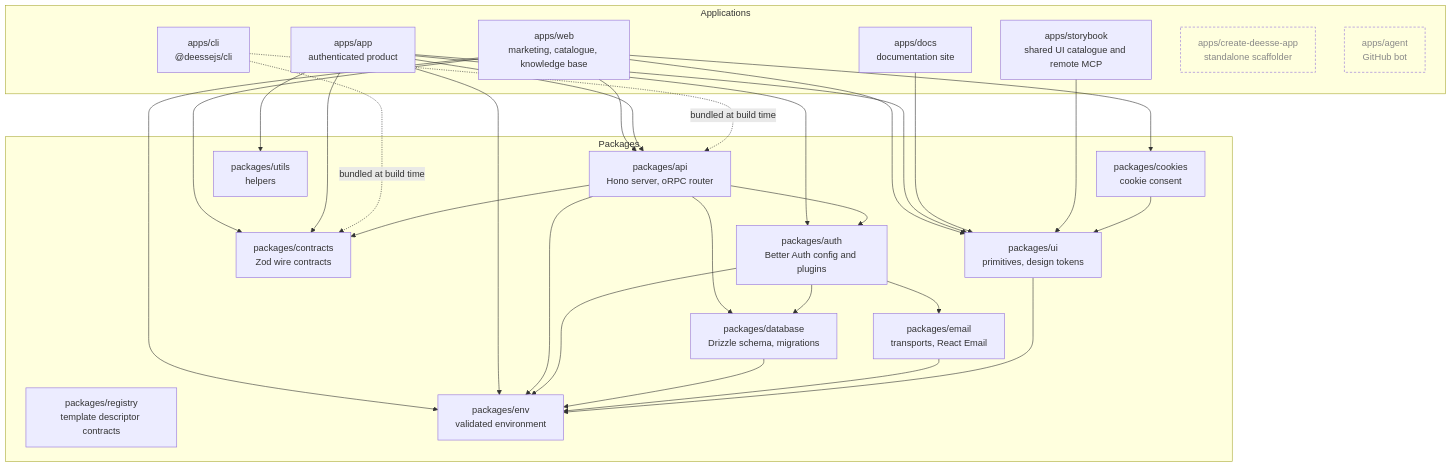
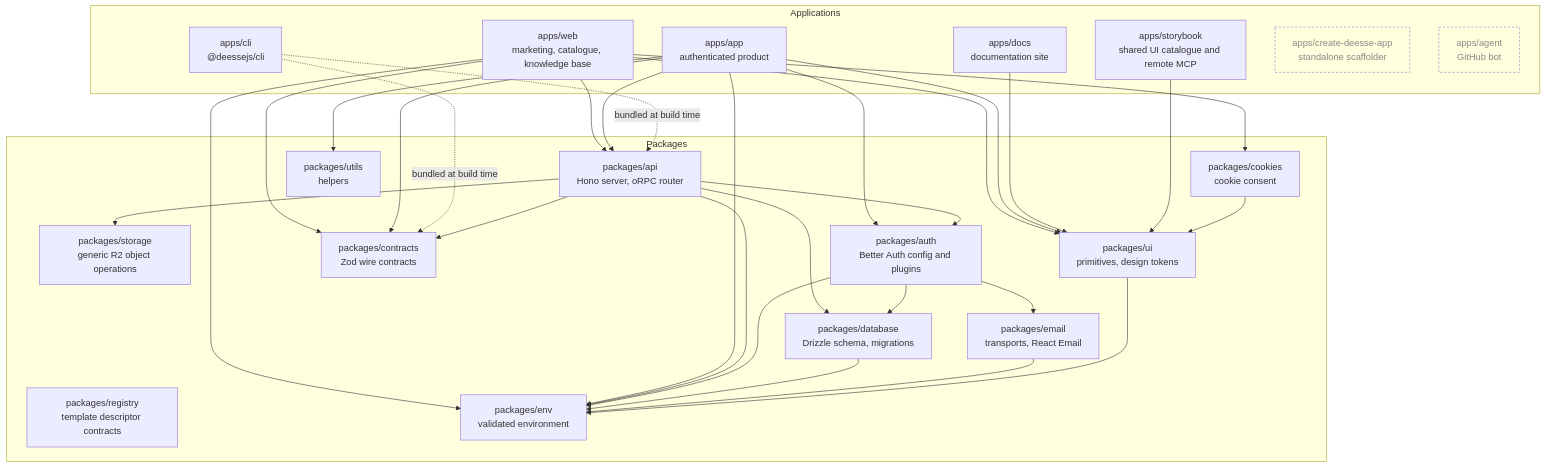
One commit to deessejs/deessejs changed the diagram in WORKSPACES.md. Above: the diagram before and after it, drawn with Mermaid. The commit also changed 27 other files, not shown here.

````diff
--- a/WORKSPACES.md
+++ b/WORKSPACES.md
@@ -9,61 +9,63 @@
 ```mermaid
 graph TD
   subgraph APP["Applications"]
     WEB["apps/web<br/>marketing, catalogue, knowledge base"]
     APPAPP["apps/app<br/>authenticated product"]
     DOCS["apps/docs<br/>documentation site"]
     STORYBOOK["apps/storybook<br/>shared UI catalogue and remote MCP"]
     CLI["apps/cli<br/>@deessejs/cli"]
     CDA["apps/create-deesse-app<br/>standalone scaffolder"]
     AGENT["apps/agent<br/>GitHub bot"]
   end
 
   subgraph PKG["Packages"]
     API["packages/api<br/>Hono server, oRPC router"]
+    STORAGE["packages/storage<br/>generic R2 object operations"]
     AUTH["packages/auth<br/>Better Auth config and plugins"]
     DB["packages/database<br/>Drizzle schema, migrations"]
     CONTRACTS["packages/contracts<br/>Zod wire contracts"]
     REGISTRY["packages/registry<br/>template descriptor contracts"]
     EMAIL["packages/email<br/>transports, React Email"]
     UI["packages/ui<br/>primitives, design tokens"]
     ENV["packages/env<br/>validated environment"]
     COOKIES["packages/cookies<br/>cookie consent"]
     UTILS["packages/utils<br/>helpers"]
   end
 
   WEB --> API
   WEB --> CONTRACTS
   WEB --> ENV
   WEB --> UI
   WEB --> COOKIES
 
   APPAPP --> API
   APPAPP --> AUTH
   APPAPP --> CONTRACTS
   APPAPP --> ENV
   APPAPP --> UI
   APPAPP --> UTILS
 
   DOCS --> UI
   STORYBOOK --> UI
 
   CLI -. "bundled at build time" .-> API
   CLI -. "bundled at build time" .-> CONTRACTS
 
   API --> AUTH
   API --> CONTRACTS
   API --> DB
   API --> ENV
+  API --> STORAGE
 
   AUTH --> DB
   AUTH --> EMAIL
   AUTH --> ENV
 
   DB --> ENV
   EMAIL --> ENV
   UI --> ENV
   COOKIES --> UI
 
   classDef standalone fill:none,stroke-dasharray:4 3,stroke-width:1px,color:#888
   class CDA,AGENT standalone
 ```
````
